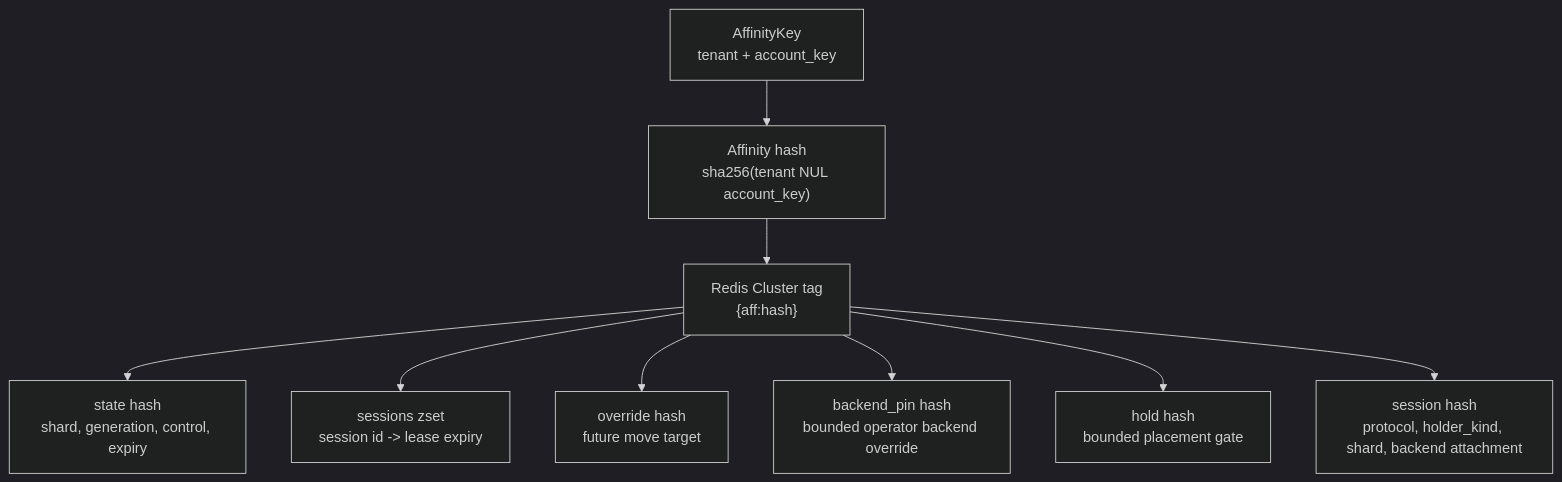
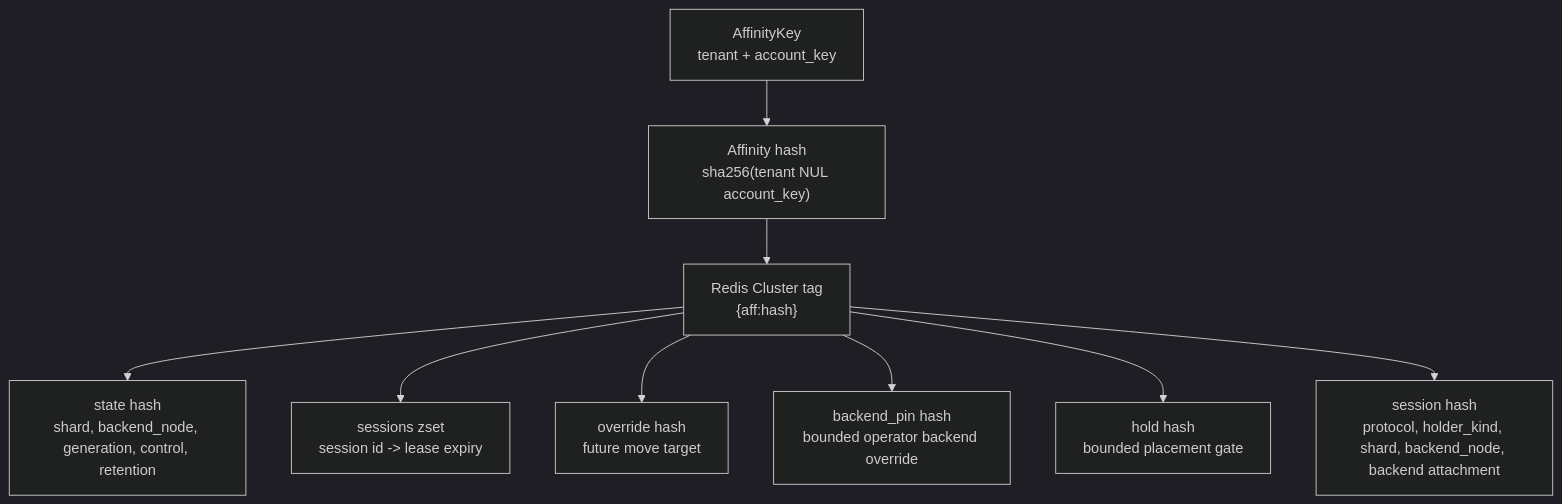
Before and after one commit to croessner/nauthilus-director: the first of 7 diagrams in docs/developer/AFFINITY_SESSION_HANDLING.md, drawn with Mermaid (dark theme). The commit also changed other lines of this file and 75 other files, not shown here.

First line of the commit message:
Change: Enforce cross-protocol backend-node affinity

````diff
--- a/docs/developer/AFFINITY_SESSION_HANDLING.md
+++ b/docs/developer/AFFINITY_SESSION_HANDLING.md
@@ -51,11 +54,11 @@
 ```mermaid
 flowchart TB
     A["AffinityKey<br/>tenant + account_key"] --> H["Affinity hash<br/>sha256(tenant NUL account_key)"]
     H --> G["Redis Cluster tag<br/>{aff:hash}"]
-    G --> S["state hash<br/>shard, generation, control, expiry"]
+    G --> S["state hash<br/>shard, backend_node, generation, control, retention"]
     G --> Z["sessions zset<br/>session id -> lease expiry"]
     G --> O["override hash<br/>future move target"]
     G --> P["backend_pin hash<br/>bounded operator backend override"]
     G --> Q["hold hash<br/>bounded placement gate"]
-    G --> K["session hash<br/>protocol, holder_kind, shard, backend attachment"]
+    G --> K["session hash<br/>protocol, holder_kind, shard, backend_node, backend attachment"]
 ```
````
